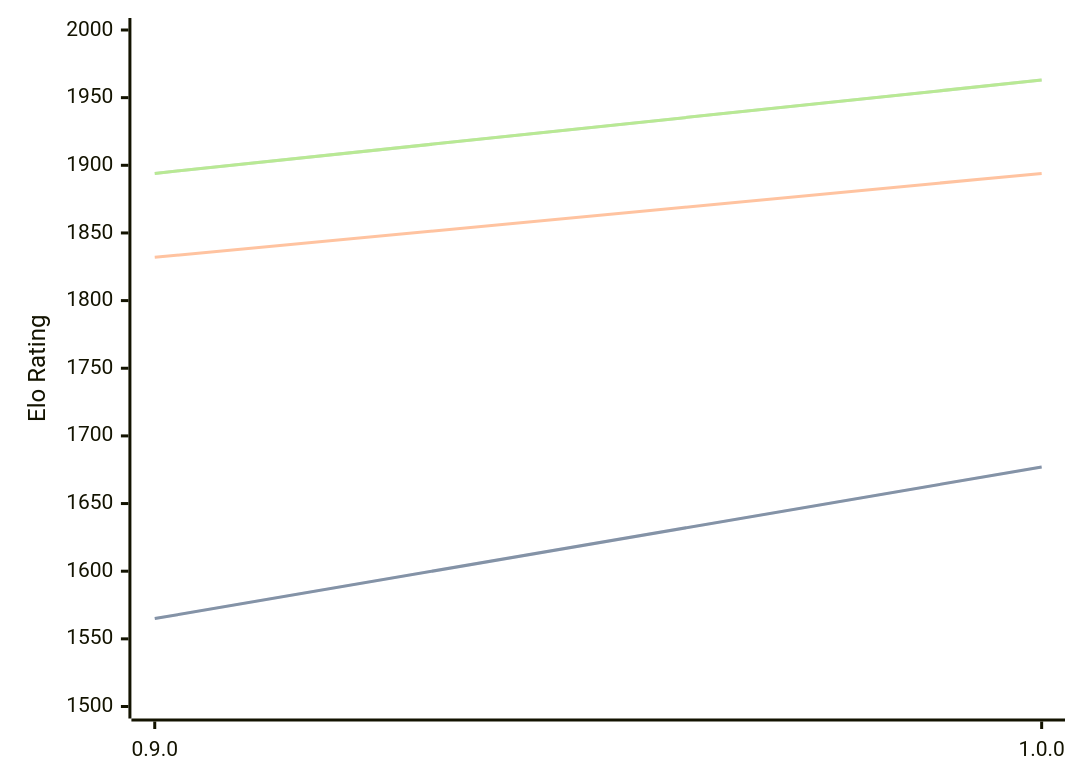
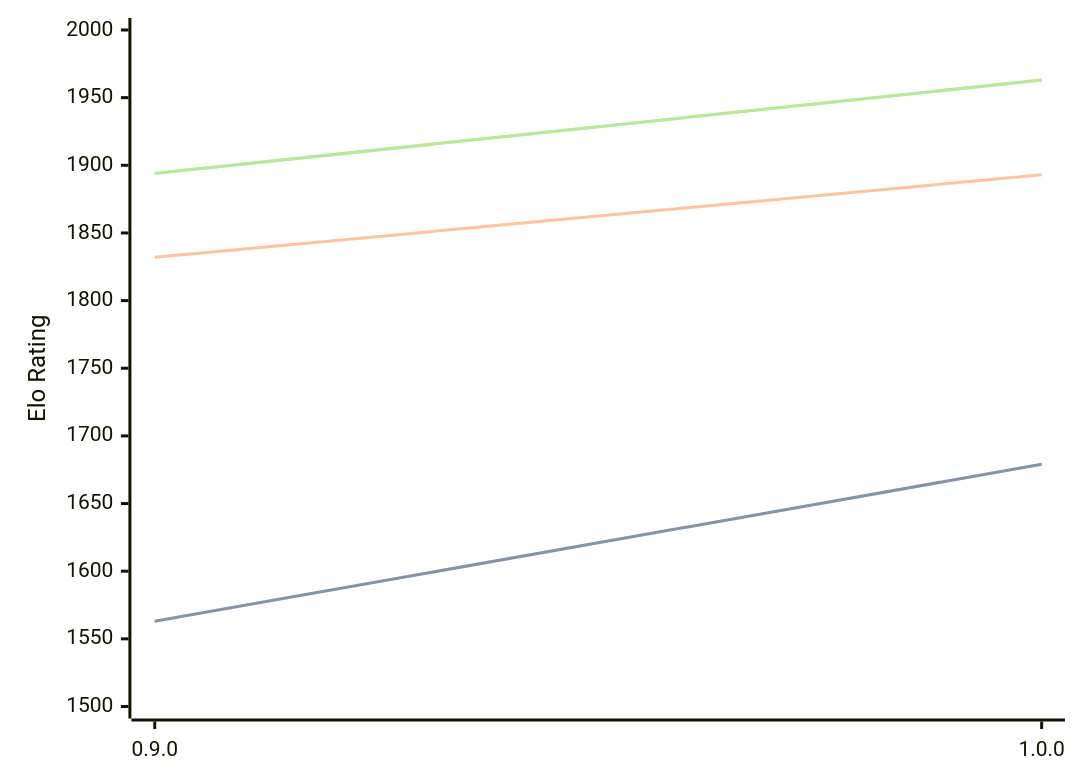
One commit to computer-chess-index/cci changed the diagram in engines/Ratsu.md. Above: the diagram before and after it, drawn with Mermaid. The commit also changed other lines of this file, not shown here.

Commit message:
Update CCI Ratings (ELO VLTC) - 2026-03-12

````diff
--- a/engines/Ratsu.md
+++ b/engines/Ratsu.md
@@ -30,11 +30,11 @@
 ```mermaid
 %%{init: {"theme":"base","themeVariables":{"seriesColors:['#a3a3a3','#222221','#faa371']}}}%%
 xychart-beta
   x-axis ["0.9.0", "1.0.0"]
   y-axis "Elo Rating" 1500 --> 2000
-  line "STC (8.0+0.08s)" [1565, 1677]
-  line "STC (8.0+0.08s)" [1565, 1677]
-  line "LTC (60.0+0.60s)" [1832, 1894]
+  line "STC (8.0+0.08s)" [1563, 1679]
+  line "STC (8.0+0.08s)" [1563, 1679]
+  line "LTC (60.0+0.60s)" [1832, 1893]
   line "VLTC (2m24s+1.12s)" [1894, 1963]
   line "VLTC (2m24s+1.12s)" [1894, 1963]
 ```
````
